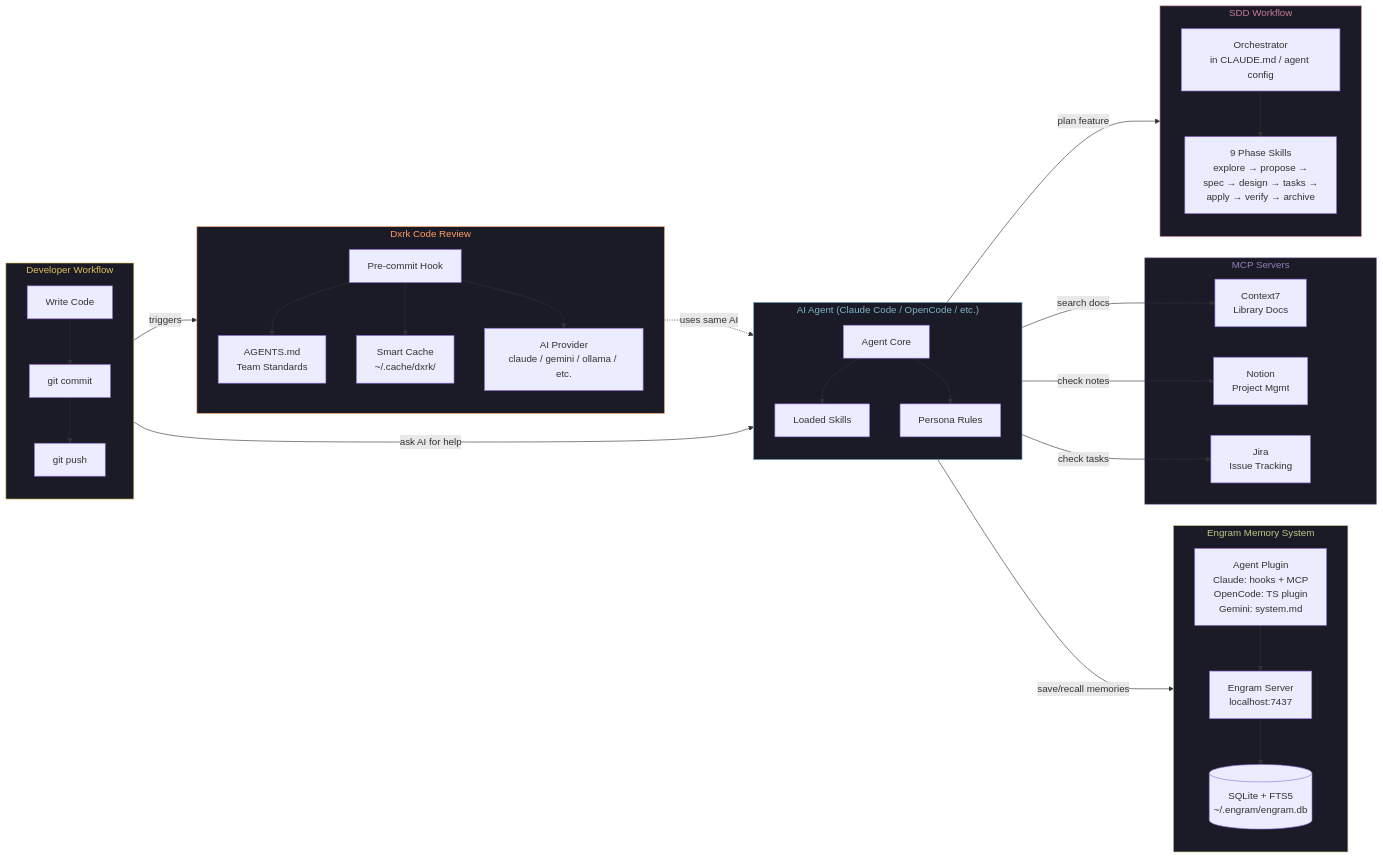
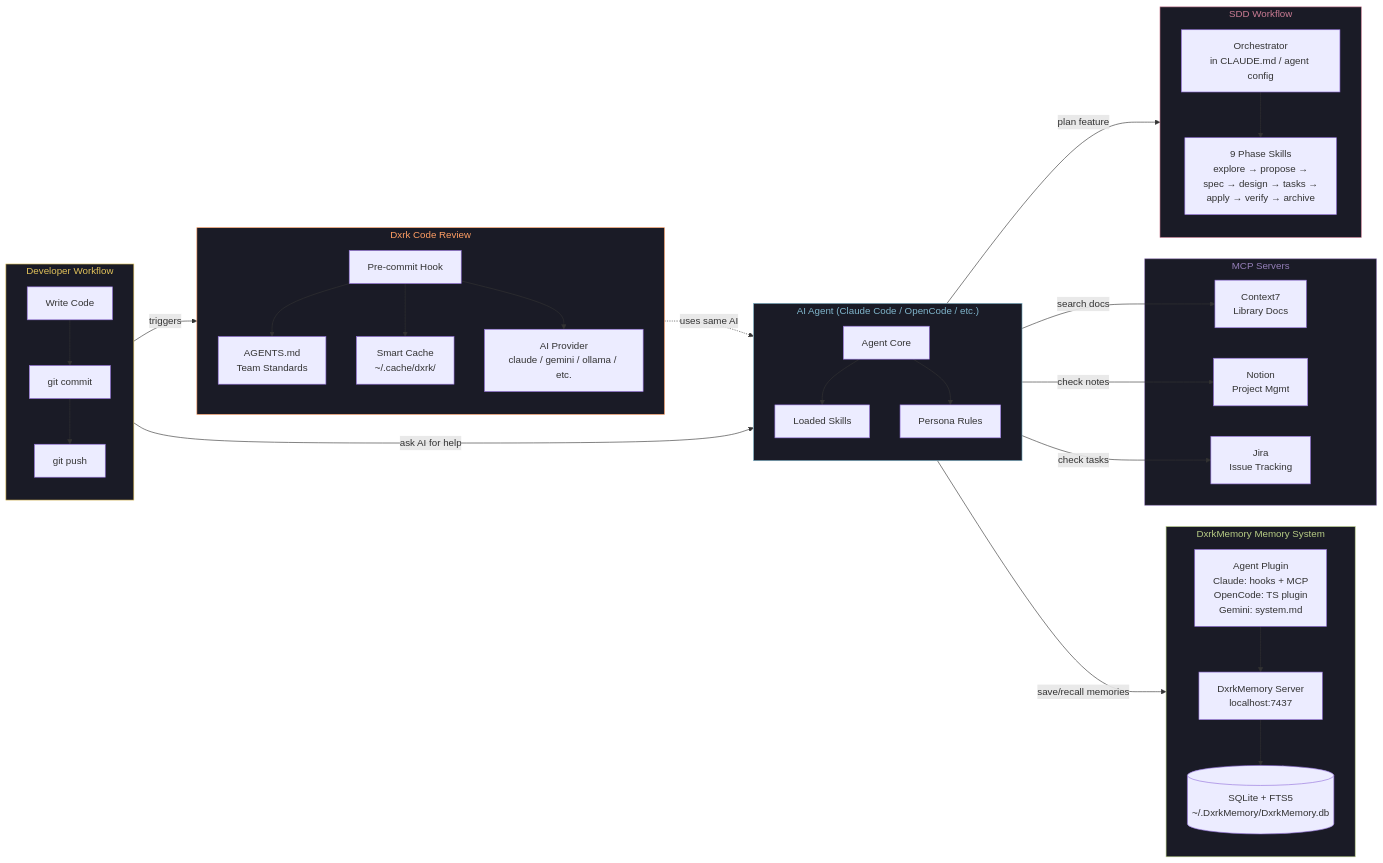
Before and after one commit to Dxrk777/Dxrk-AI: the second of 7 diagrams in PRD.md, drawn with Mermaid. The commit also changed other lines of this file and 118 other files, not shown here.

````diff
--- a/PRD.md
+++ b/PRD.md
@@ -659,66 +659,66 @@
 ```mermaid
 graph LR
     subgraph DEV_WORKFLOW["Developer Workflow"]
         direction TB
         CODE[Write Code] --> COMMIT[git commit]
         COMMIT --> PUSH[git push]
     end
 
     subgraph AGENT_LAYER["AI Agent (Claude Code / OpenCode / etc.)"]
         direction TB
         AGENT_CORE[Agent Core]
         AGENT_SKILLS[Loaded Skills]
         AGENT_PERSONA[Persona Rules]
         AGENT_CORE --> AGENT_SKILLS
         AGENT_CORE --> AGENT_PERSONA
     end
 
-    subgraph MEMORY_LAYER["Engram Memory System"]
+    subgraph MEMORY_LAYER["DxrkMemory Memory System"]
         direction TB
         MEM_PLUGIN[Agent Plugin<br/>Claude: hooks + MCP<br/>OpenCode: TS plugin<br/>Gemini: system.md]
-        MEM_SERVER[Engram Server<br/>localhost:7437]
-        MEM_DB[(SQLite + FTS5<br/>~/.engram/engram.db)]
+        MEM_SERVER[DxrkMemory Server<br/>localhost:7437]
+        MEM_DB[(SQLite + FTS5<br/>~/.DxrkMemory/DxrkMemory.db)]
         MEM_PLUGIN --> MEM_SERVER
         MEM_SERVER --> MEM_DB
     end
 
     subgraph MCP_LAYER["MCP Servers"]
         C7[Context7<br/>Library Docs]
         NOTION[Notion<br/>Project Mgmt]
         JIRA[Jira<br/>Issue Tracking]
     end
 
     subgraph SDD_LAYER["SDD Workflow"]
         direction TB
         SDD_ORCH[Orchestrator<br/>in CLAUDE.md / agent config]
         SDD_SKILLS_2[9 Phase Skills<br/>explore → propose →<br/>spec → design → tasks →<br/>apply → verify → archive]
         SDD_ORCH --> SDD_SKILLS_2
     end
 
     subgraph Dxrk_LAYER["Dxrk Code Review"]
         direction TB
         Dxrk_HOOK[Pre-commit Hook]
         Dxrk_RULES[AGENTS.md<br/>Team Standards]
         Dxrk_CACHE[Smart Cache<br/>~/.cache/dxrk/]
         Dxrk_PROVIDER[AI Provider<br/>claude / gemini / ollama / etc.]
         Dxrk_HOOK --> Dxrk_RULES
         Dxrk_HOOK --> Dxrk_CACHE
         Dxrk_HOOK --> Dxrk_PROVIDER
     end
 
     CODE -->|"ask AI for help"| AGENT_CORE
     AGENT_CORE -->|"search docs"| C7
     AGENT_CORE -->|"check tasks"| JIRA
     AGENT_CORE -->|"check notes"| NOTION
     AGENT_CORE -->|"save/recall memories"| MEM_PLUGIN
     AGENT_CORE -->|"plan feature"| SDD_ORCH
     COMMIT -->|"triggers"| Dxrk_HOOK
     Dxrk_PROVIDER -.->|"uses same AI"| AGENT_CORE
 
     style DEV_WORKFLOW fill:#1a1b26,stroke:#E0C15A,color:#E0C15A
     style AGENT_LAYER fill:#1a1b26,stroke:#7FB4CA,color:#7FB4CA
     style MEMORY_LAYER fill:#1a1b26,stroke:#B7CC85,color:#B7CC85
     style MCP_LAYER fill:#1a1b26,stroke:#957FB8,color:#957FB8
     style SDD_LAYER fill:#1a1b26,stroke:#CB7C94,color:#CB7C94
     style Dxrk_LAYER fill:#1a1b26,stroke:#FF9E64,color:#FF9E64
 ```
````
